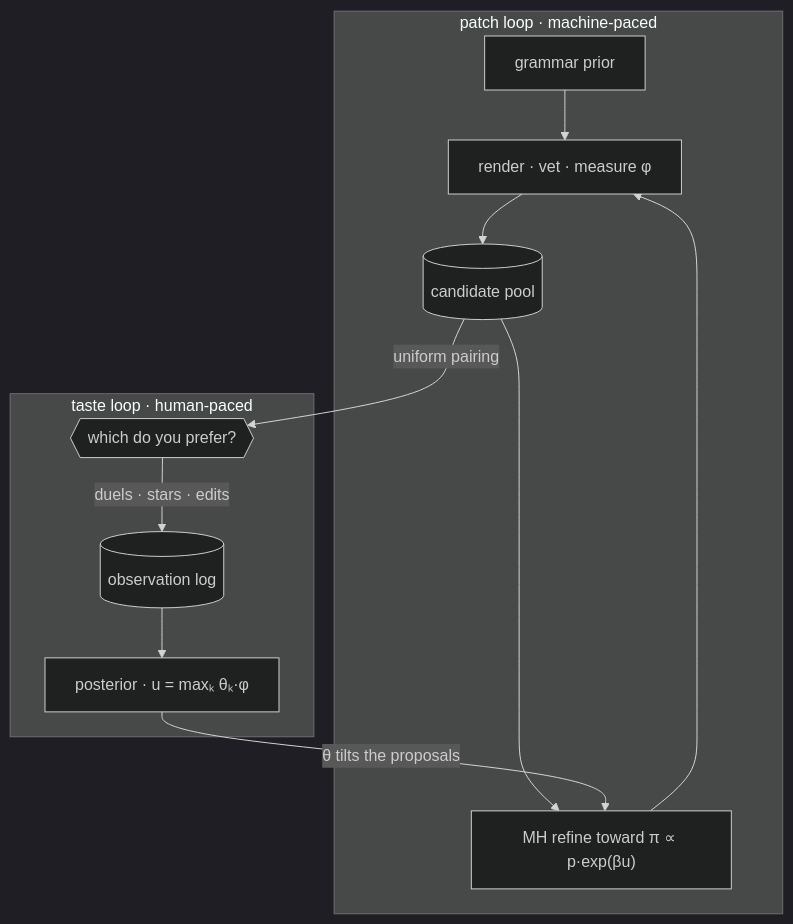
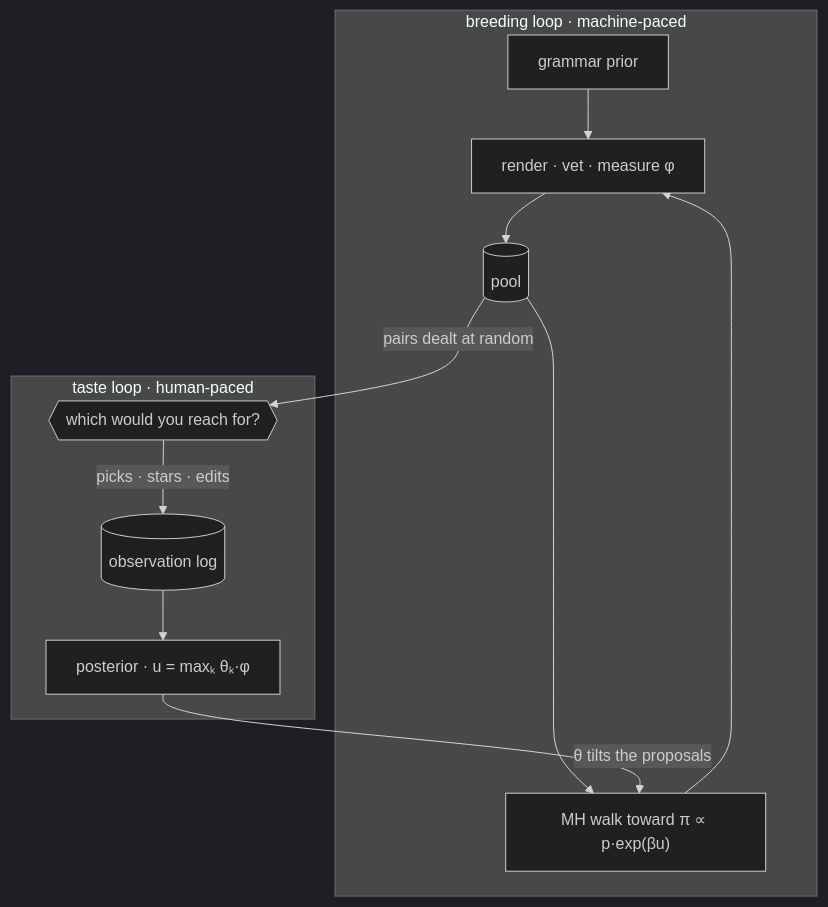
One commit to alexnodeland/auracle changed the diagram in README.md. Above: the diagram before and after it, drawn with Mermaid (dark theme). The commit also changed other lines of this file and 12 other files, not shown here.

````diff
--- a/README.md
+++ b/README.md
@@ -111,24 +124,24 @@
 ```mermaid
 flowchart TD
-    subgraph patch["patch loop · machine-paced"]
+    subgraph patch["breeding loop · machine-paced"]
         prior["grammar prior"]
         vet["render · vet · measure φ"]
-        pool[("candidate pool")]
-        refine["MH refine toward π ∝ p·exp(βu)"]
+        pool[("pool")]
+        refine["MH walk toward π ∝ p·exp(βu)"]
         prior --> vet
         vet --> pool
         pool --> refine
         refine --> vet
     end
 
     subgraph taste["taste loop · human-paced"]
-        duel{{"which do you prefer?"}}
+        pair{{"which would you reach for?"}}
         log[("observation log")]
         post["posterior · u = maxₖ θₖ·φ"]
-        duel -->|"duels · stars · edits"| log
+        pair -->|"picks · stars · edits"| log
         log --> post
     end
 
-    pool -->|"uniform pairing"| duel
+    pool -->|"pairs dealt at random"| pair
     post -->|"θ tilts the proposals"| refine
 ```
````
